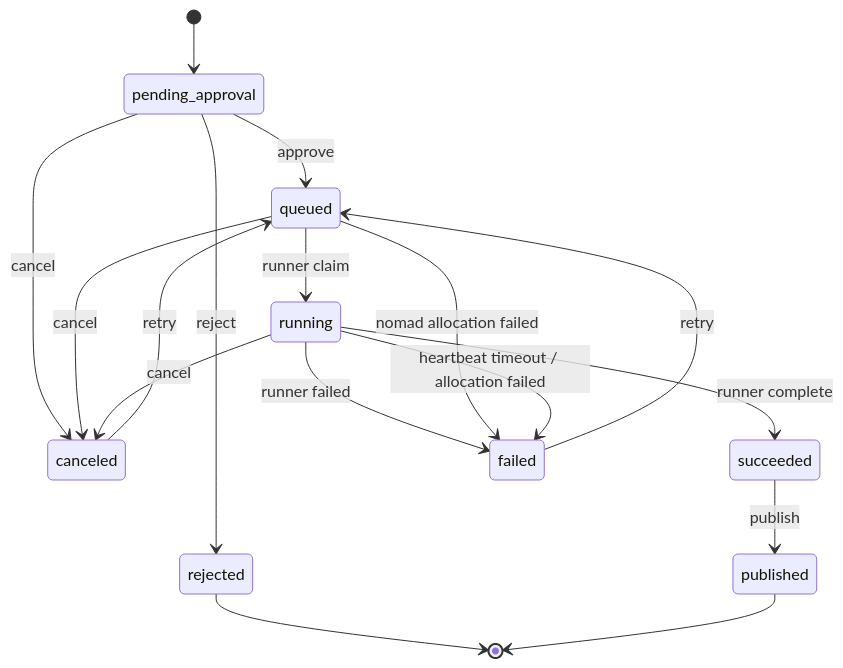
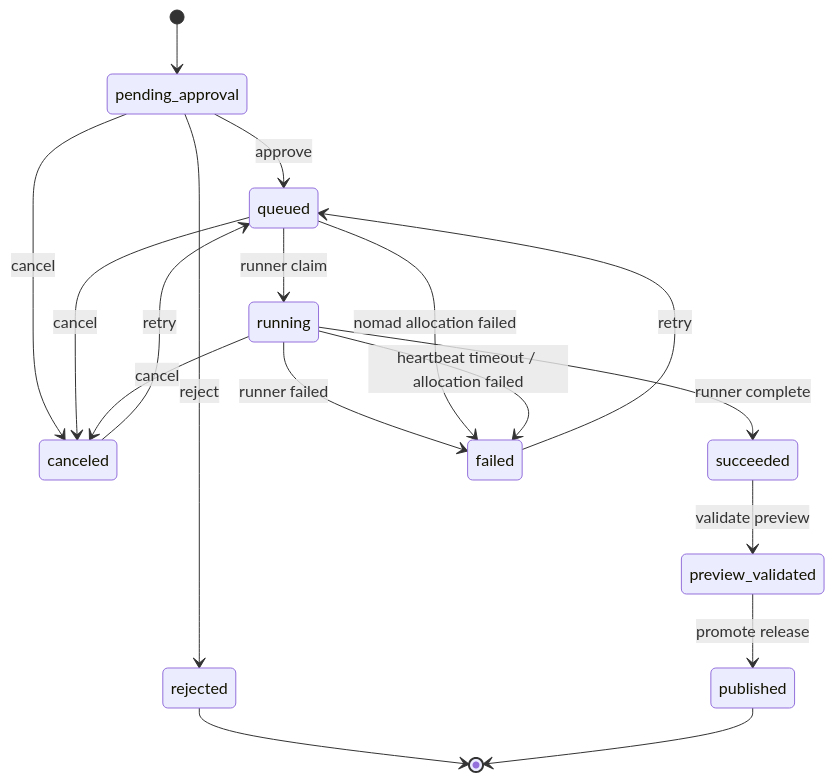
Before and after one commit to watertreestar/vela: the third of 6 diagrams in docs/architecture.md, drawn with Mermaid. The commit also changed other lines of this file and 32 other files, not shown here.

````diff
--- a/docs/architecture.md
+++ b/docs/architecture.md
@@ -70,19 +73,20 @@
 ```mermaid
 stateDiagram-v2
   [*] --> pending_approval
   pending_approval --> queued: approve
   pending_approval --> rejected: reject
   pending_approval --> canceled: cancel
   queued --> running: runner claim
   queued --> canceled: cancel
   running --> canceled: cancel
   running --> succeeded: runner complete
   running --> failed: runner failed
-  succeeded --> published: publish
+  succeeded --> preview_validated: validate preview
+  preview_validated --> published: promote release
   failed --> queued: retry
   canceled --> queued: retry
   queued --> failed: nomad allocation failed
   running --> failed: heartbeat timeout / allocation failed
   rejected --> [*]
   published --> [*]
 ```
````
